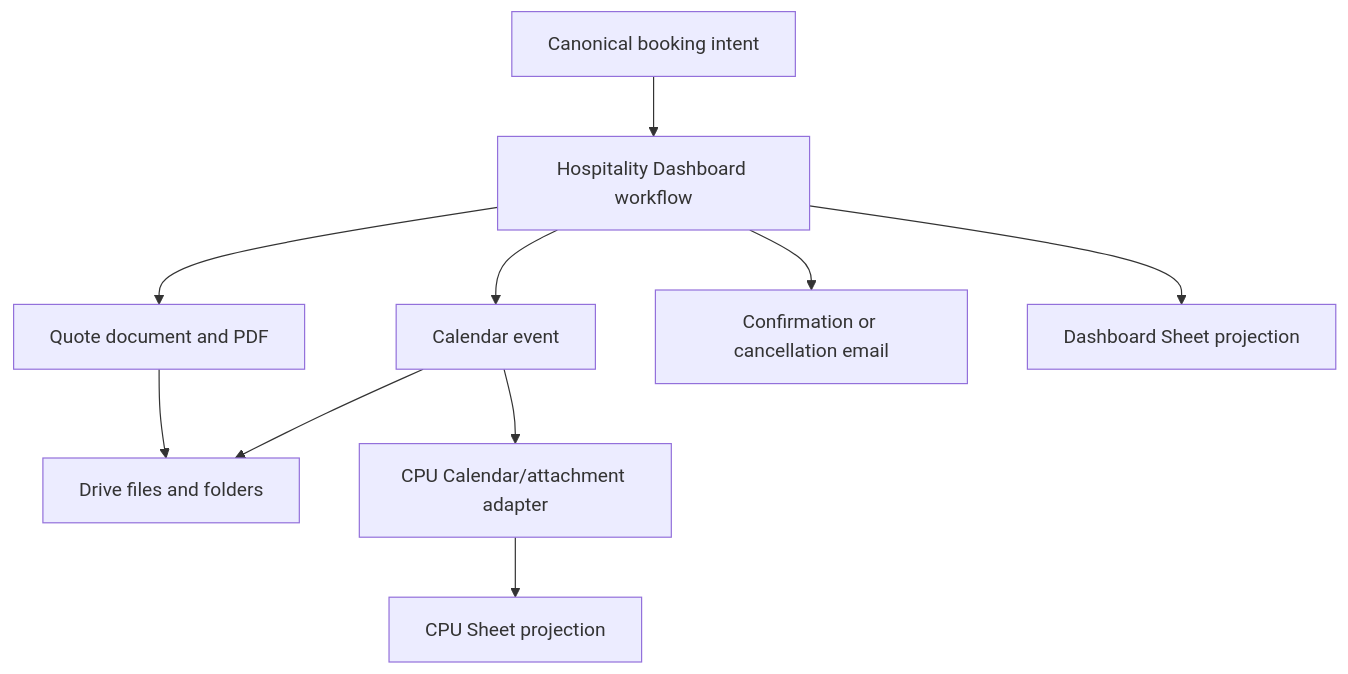
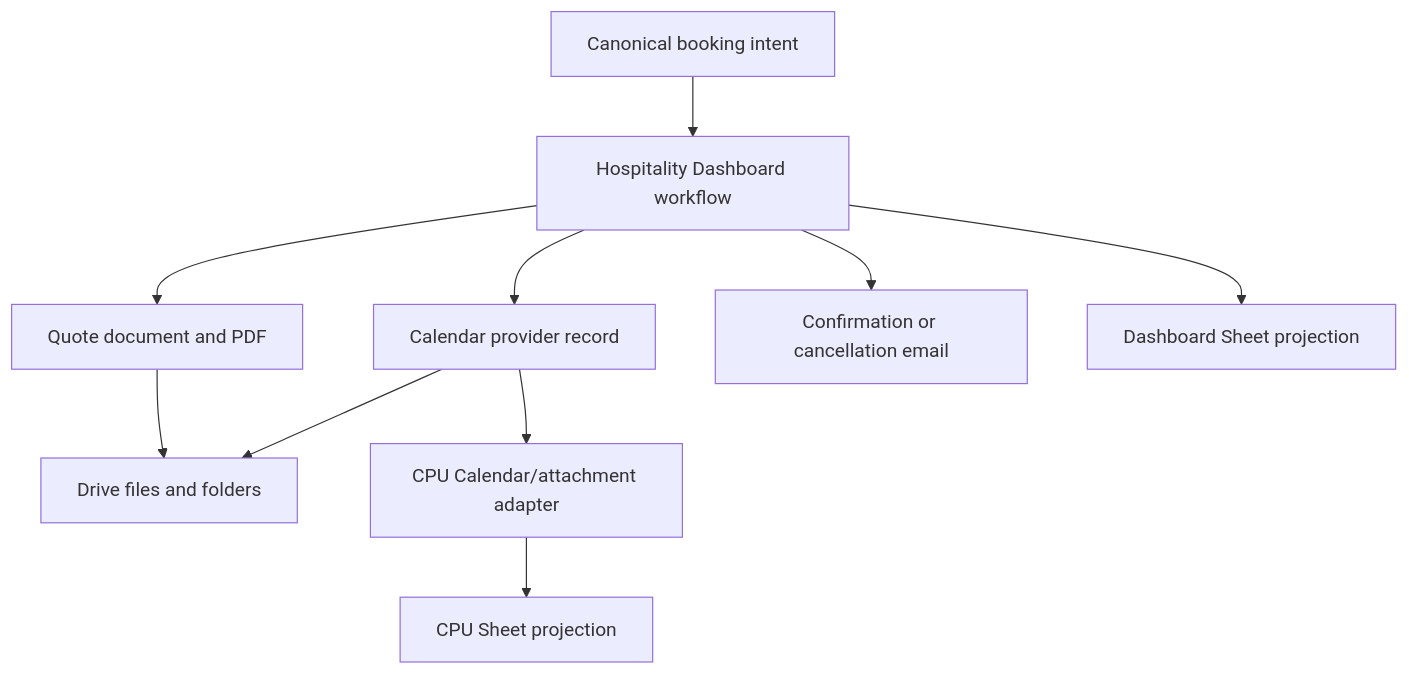
One commit to derekfika/fika-os changed the second of 3 diagrams in docs/current-system-map.md. Above: the diagram before and after it, drawn with Mermaid. The commit also changed other lines of this file and 13 other files, not shown here.

Commit message:
docs(architecture): define domain event contract

````diff
--- a/docs/current-system-map.md
+++ b/docs/current-system-map.md
@@ -104,12 +104,12 @@
 ```mermaid
 flowchart TB
   BOOKING["Canonical booking intent"] --> DASH["Hospitality Dashboard workflow"]
   DASH --> QUOTE["Quote document and PDF"]
-  DASH --> EVENT["Calendar event"]
+  DASH --> EVENT["Calendar provider record"]
   DASH --> EMAIL["Confirmation or cancellation email"]
   QUOTE --> DRIVE["Drive files and folders"]
   EVENT --> DRIVE
   DASH --> SHEET["Dashboard Sheet projection"]
   EVENT --> CPUADAPTER["CPU Calendar/attachment adapter"]
   CPUADAPTER --> CPUSHEET["CPU Sheet projection"]
 ```
````
